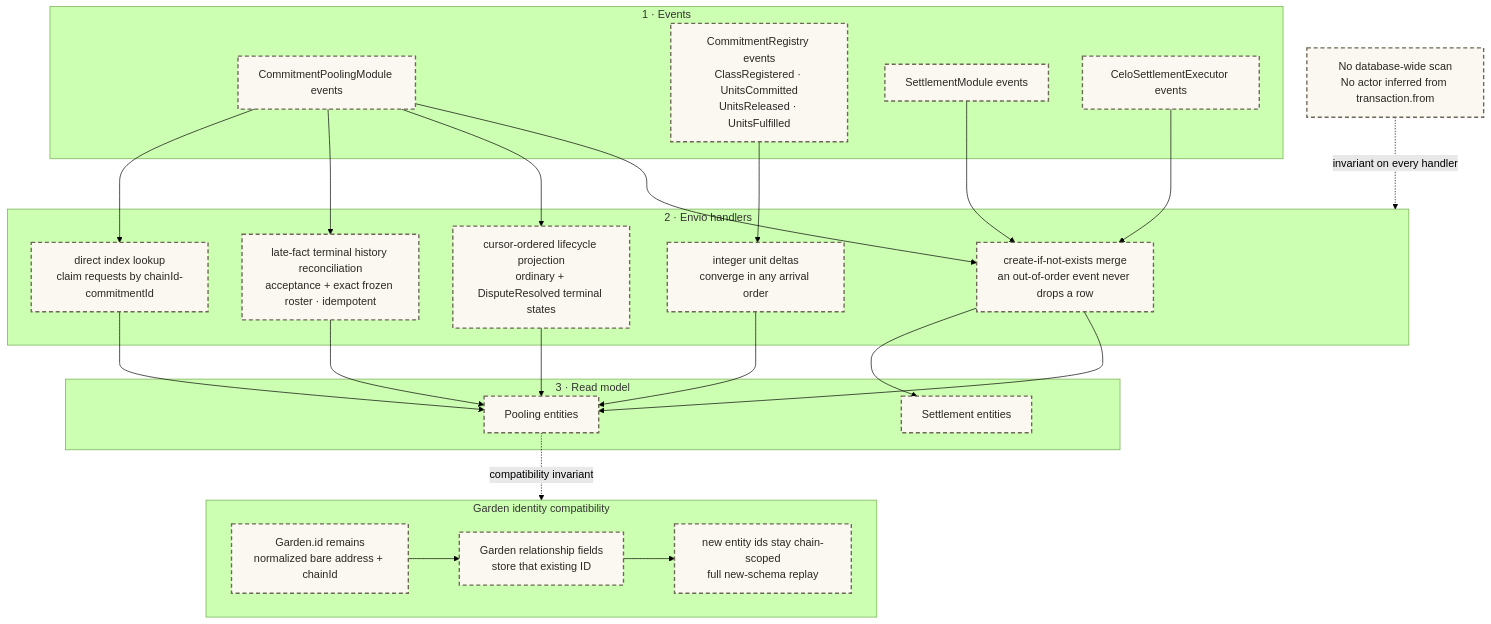
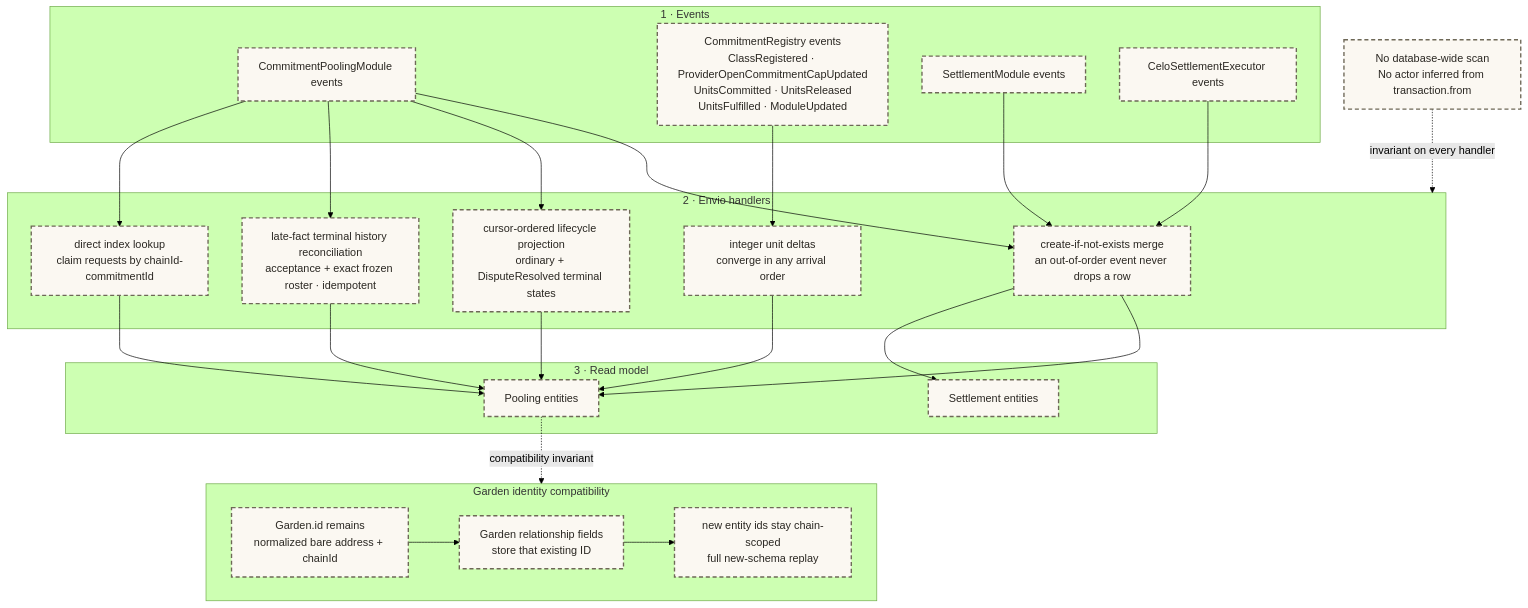
Diagram 26 of 43 in .plans/active/commitment-pooling/diagrams.md (greenpill-dev-guild/green-goods), drawn with Mermaid (forest theme) before and after one commit. The commit also changed other lines of this file and 6 other files, not shown here.

First line of the commit message:
docs(commitment-pooling): realign the architecture tab with the merged contracts

````diff
--- a/.plans/active/commitment-pooling/diagrams.md
+++ b/.plans/active/commitment-pooling/diagrams.md
@@ -1583,49 +1598,49 @@
 ```mermaid
 flowchart TB
   subgraph SRC["1 · Events"]
     EV1["CommitmentPoolingModule events"]
-    EV2["CommitmentRegistry events<br/>ClassRegistered · UnitsCommitted<br/>UnitsReleased · UnitsFulfilled"]
+    EV2["CommitmentRegistry events<br/>ClassRegistered · ProviderOpenCommitmentCapUpdated<br/>UnitsCommitted · UnitsReleased<br/>UnitsFulfilled · ModuleUpdated"]
     EV3["SettlementModule events"]
     EV4["CeloSettlementExecutor events"]
   end
 
   subgraph H["2 · Envio handlers"]
     HMERGE["create-if-not-exists merge<br/>an out-of-order event never drops a row"]
     HUNITS["integer unit deltas<br/>converge in any arrival order"]
     HLIFE["cursor-ordered lifecycle projection<br/>ordinary + DisputeResolved terminal states"]
     HHIST["late-fact terminal history reconciliation<br/>acceptance + exact frozen roster · idempotent"]
     HIDX["direct index lookup<br/>claim requests by chainId-commitmentId"]
   end
 
   subgraph OUT["3 · Read model"]
     E1["Pooling entities"]
     E2["Settlement entities"]
   end
 
   NOSCAN["No database-wide scan<br/>No actor inferred from transaction.from"]
 
   EV1 --> HMERGE
   EV1 --> HLIFE
   EV1 --> HHIST
   EV2 --> HUNITS
   EV3 --> HMERGE
   EV4 --> HMERGE
   EV1 --> HIDX
   HMERGE --> E1
   HLIFE --> E1
   HHIST --> E1
   HUNITS --> E1
   HIDX --> E1
   HMERGE --> E2
   NOSCAN -.->|"invariant on every handler"| H
 
   subgraph MIG["Garden identity compatibility"]
     M1["Garden.id remains<br/>normalized bare address + chainId"] --> M2["Garden relationship fields<br/>store that existing ID"]
     M2 --> M3["new entity ids stay chain-scoped<br/>full new-schema replay"]
   end
   E1 -.->|"compatibility invariant"| MIG
 
   classDef built fill:#edf3e8,stroke:#50784a,stroke-width:2px,color:#2a2722
   classDef planned fill:#fbf8f2,stroke:#6e6857,stroke-width:2px,stroke-dasharray:6 4,color:#2a2722
   class EV1,EV2,EV3,EV4,HMERGE,HUNITS,HLIFE,HHIST,HIDX,E1,E2,M1,M2,M3,NOSCAN planned
 ```
````
